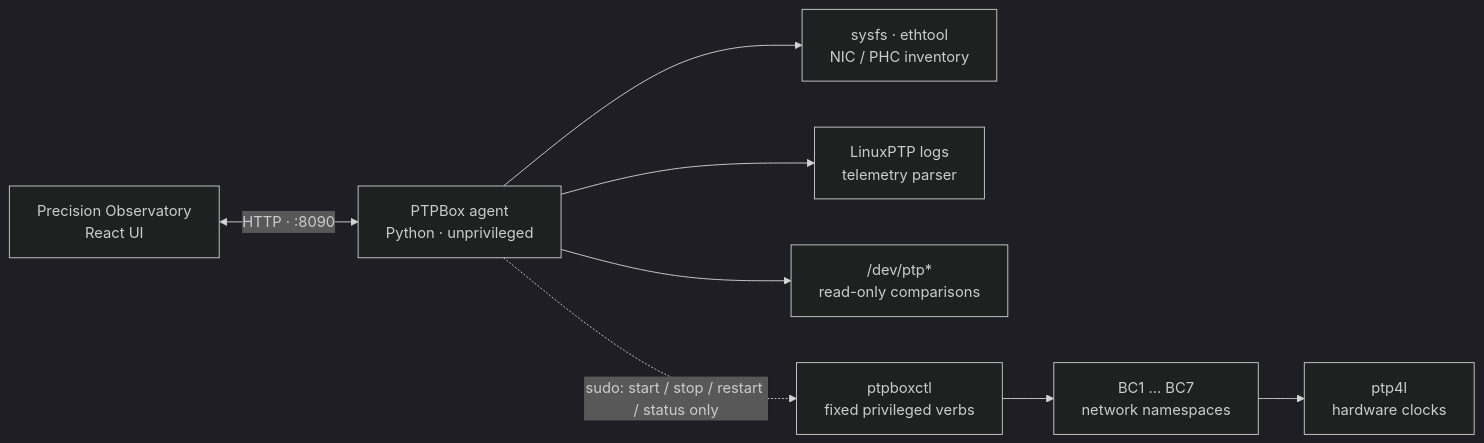
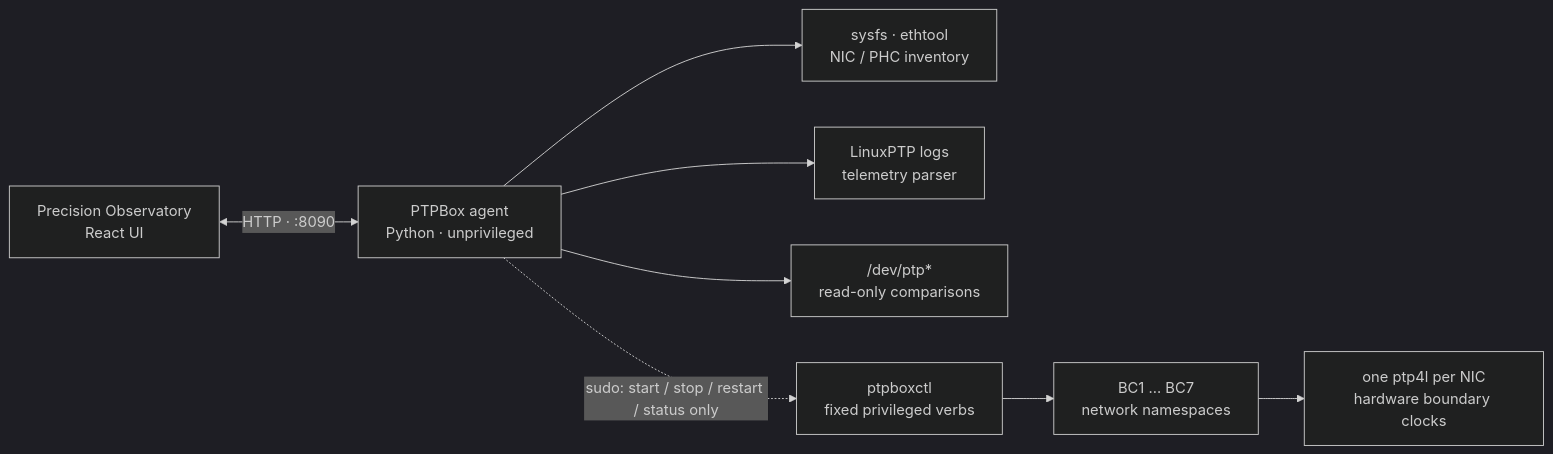
The diagram in README.md (ahmadexp/PTPBox), drawn with Mermaid (dark theme) before and after one commit. The commit also changed 9 other files, not shown here.

Commit message:
Run each isolated NIC as a real PTP boundary clock

````diff
--- a/README.md
+++ b/README.md
@@ -115,19 +115,19 @@
 ```mermaid
 flowchart LR
     Browser["Precision Observatory\nReact UI"]
     Agent["PTPBox agent\nPython · unprivileged"]
     Inventory["sysfs · ethtool\nNIC / PHC inventory"]
     Logs["LinuxPTP logs\ntelemetry parser"]
     PHCs["/dev/ptp*\nread-only comparisons"]
     Helper["ptpboxctl\nfixed privileged verbs"]
     NS["BC1 … BC7\nnetwork namespaces"]
-    PTP["ptp4l\nhardware clocks"]
+    PTP["one ptp4l per NIC\nhardware boundary clocks"]
 
     Browser <-->|"HTTP · :8090"| Agent
     Agent --> Inventory
     Agent --> Logs
     Agent --> PHCs
     Agent -. "sudo: start / stop / restart / status only" .-> Helper
     Helper --> NS
     NS --> PTP
 ```
````
